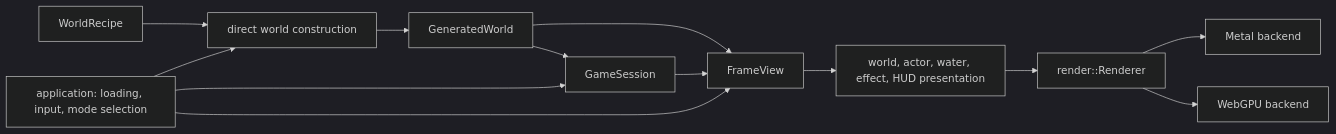
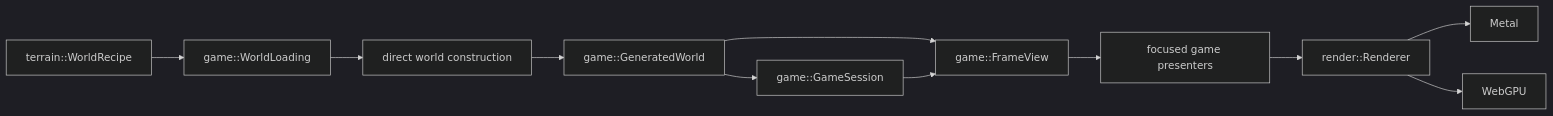
One commit to mbrock/moppe changed the first of 2 diagrams in docs/engine-atlas.md. Above: the diagram before and after it, drawn with Mermaid (dark theme). The commit also changed other lines of this file and 21 other files, not shown here.

````diff
--- a/docs/engine-atlas.md
+++ b/docs/engine-atlas.md
@@ -15,15 +11,13 @@
 ```mermaid
 flowchart LR
-  recipe["WorldRecipe"] --> build["direct world construction"]
-  build --> world["GeneratedWorld"]
-  world --> session["GameSession"]
-  world --> view["FrameView"]
+  recipe["terrain::WorldRecipe"] --> loading["game::WorldLoading"]
+  loading --> build["direct world construction"]
+  build --> world["game::GeneratedWorld"]
+  world --> session["game::GameSession"]
+  world --> view["game::FrameView"]
   session --> view
-  view --> scene["world, actor, water, effect, HUD presentation"]
+  view --> scene["focused game presenters"]
   scene --> renderer["render::Renderer"]
-  renderer --> metal["Metal backend"]
-  renderer --> webgpu["WebGPU backend"]
-  app["application: loading, input, mode selection"] --> build
-  app --> session
-  app --> view
+  renderer --> metal["Metal"]
+  renderer --> webgpu["WebGPU"]
 ```
````
